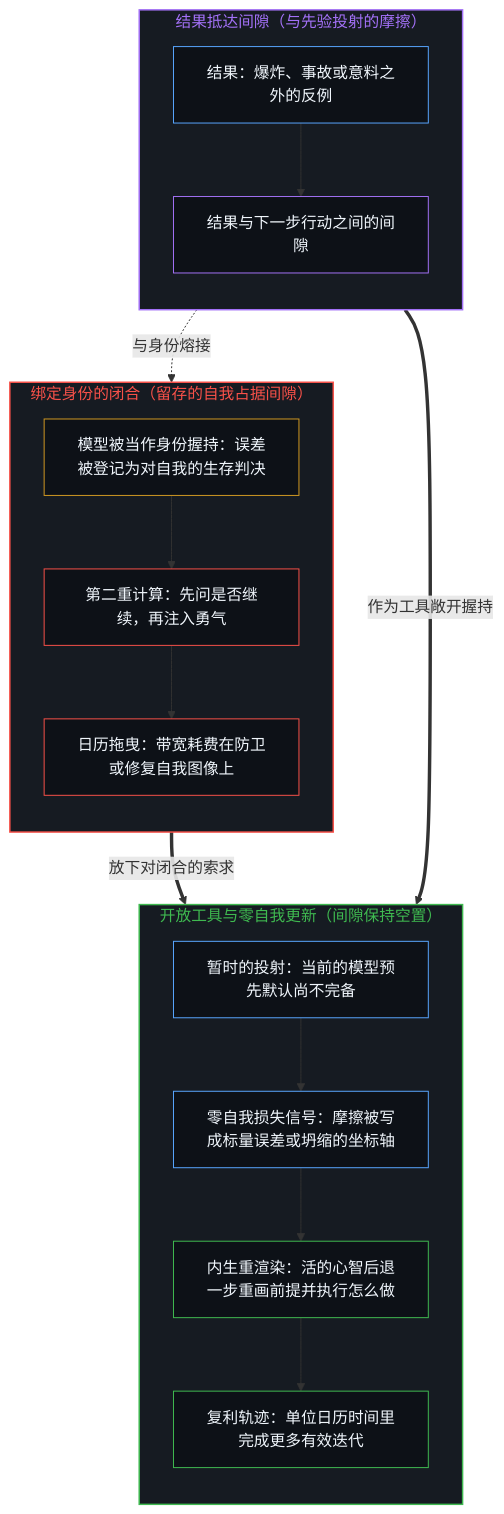
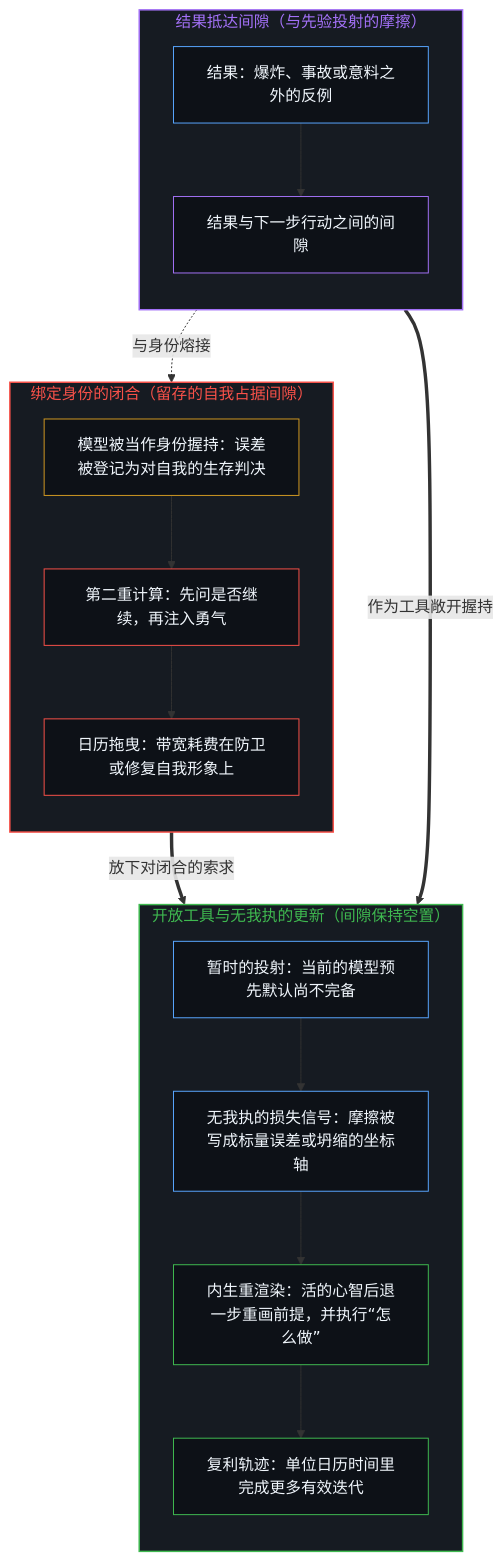
Before and after one commit to powerpig99/not-a-toe: the first of 2 diagrams in content/posts/failure-as-information.md, drawn with Mermaid. The commit also changed other lines of this file and 48 other files, not shown here.

````diff
--- a/content/posts/failure-as-information.md
+++ b/content/posts/failure-as-information.md
@@ -31,43 +31,39 @@
 ```mermaid
 flowchart TD
     subgraph S_Signal["结果抵达间隙（与先验投射的摩擦）"]
         direction TB
         Out["结果：爆炸、事故或意料之外的反例"]
         Gap["结果与下一步行动之间的间隙"]
         Out --> Gap
     end
-
     subgraph S_Verdict["绑定身份的闭合（留存的自我占据间隙）"]
         direction TB
         V_Ground["模型被当作身份握持：误差被登记为对自我的生存判决"]
         V_Second["第二重计算：先问是否继续，再注入勇气"]
-        V_Delay["日历拖曳：带宽耗费在防卫或修复自我图像上"]
+        V_Delay["日历拖曳：带宽耗费在防卫或修复自我形象上"]
         V_Ground --> V_Second --> V_Delay
     end
-
-    subgraph S_Info["开放工具与零自我更新（间隙保持空置）"]
+    subgraph S_Info["开放工具与无我执的更新（间隙保持空置）"]
         direction TB
         I_Prior["暂时的投射：当前的模型预先默认尚不完备"]
-        I_Scalar["零自我损失信号：摩擦被写成标量误差或坍缩的坐标轴"]
-        I_Step["内生重渲染：活的心智后退一步重画前提并执行怎么做"]
+        I_Scalar["无我执的损失信号：摩擦被写成标量误差或坍缩的坐标轴"]
+        I_Step["内生重渲染：活的心智后退一步重画前提，并执行“怎么做”"]
         I_Comp["复利轨迹：单位日历时间里完成更多有效迭代"]
         I_Prior --> I_Scalar --> I_Step --> I_Comp
     end
-
     Gap -.->|"与身份熔接"| V_Ground
     Gap ==>|"作为工具敞开握持"| I_Prior
     V_Delay ==>|"放下对闭合的索求"| I_Scalar
-
     style S_Signal fill:#161b22,stroke:#a371f7,stroke-width:1.5px,color:#a371f7
     style S_Verdict fill:#161b22,stroke:#f85149,stroke-width:1.5px,color:#f85149
     style S_Info fill:#161b22,stroke:#3fb950,stroke-width:1.5px,color:#3fb950
     style Out fill:#0d1117,stroke:#58a6ff,stroke-width:1px,color:#f0f6fc
     style Gap fill:#0d1117,stroke:#a371f7,stroke-width:1px,color:#f0f6fc
     style V_Ground fill:#0d1117,stroke:#d29922,stroke-width:1px,color:#f0f6fc
     style V_Second fill:#0d1117,stroke:#f85149,stroke-width:1px,color:#f0f6fc
     style V_Delay fill:#0d1117,stroke:#f85149,stroke-width:1px,color:#f0f6fc
     style I_Prior fill:#0d1117,stroke:#58a6ff,stroke-width:1px,color:#f0f6fc
     style I_Scalar fill:#0d1117,stroke:#58a6ff,stroke-width:1px,color:#f0f6fc
     style I_Step fill:#0d1117,stroke:#3fb950,stroke-width:1px,color:#f0f6fc
     style I_Comp fill:#0d1117,stroke:#3fb950,stroke-width:1px,color:#f0f6fc
 ```
````
